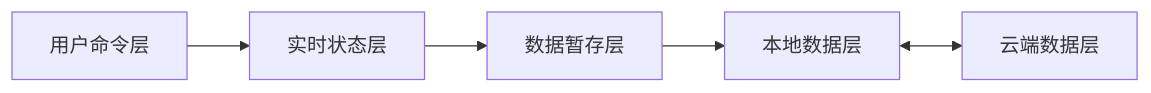
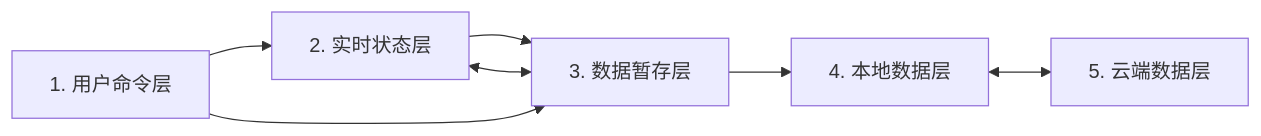
The diagram in docs/general-module-layer-model.md (dakemask/my-dashboard), drawn with Mermaid before and after one commit. The commit also changed other lines of this file and 80 other files, not shown here.

````diff
--- a/docs/general-module-layer-model.md
+++ b/docs/general-module-layer-model.md
@@ -16,7 +11,9 @@
 ```mermaid
 flowchart LR
-  U["用户命令层"] --> R["实时状态层"]
-  R --> S["数据暂存层"]
-  S --> L["本地数据层"]
-  L <--> C["云端数据层"]
+  U["1. 用户命令层"] --> R["2. 实时状态层"]
+  R --> S["3. 数据暂存层"]
+  U --> S
+  S <--> R
+  S --> L["4. 本地数据层"]
+  L <--> C["5. 云端数据层"]
 ```
````
